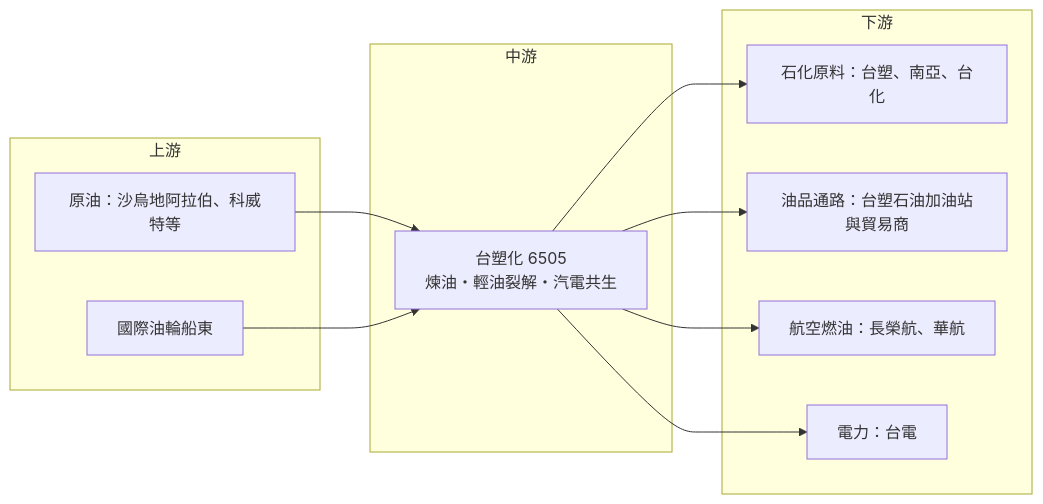
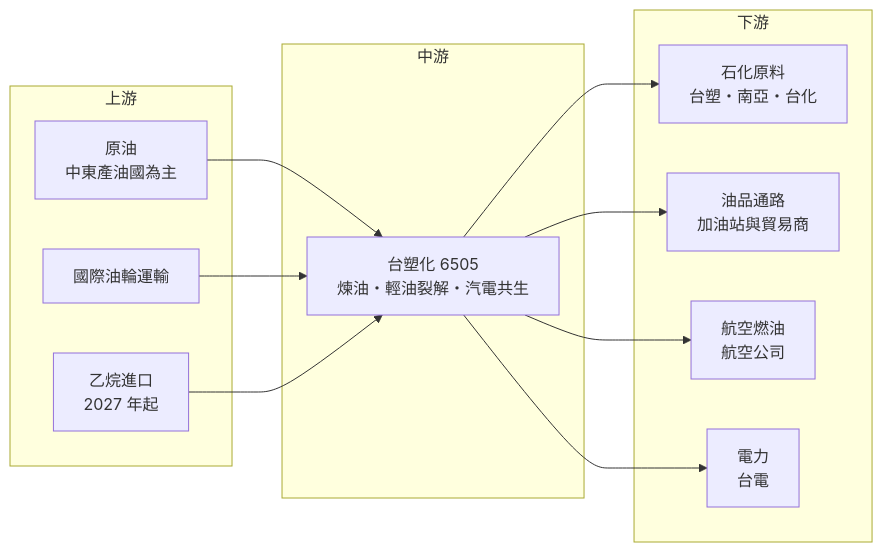
The fourth of 4 diagrams in 個股/台股/6505台塑化.md (wangnick1004/taiwan-stock-vault), drawn with Mermaid before and after one commit. The commit also changed other lines of this file and 1 other file, not shown here.

````diff
--- a/個股/台股/6505台塑化.md
+++ b/個股/台股/6505台塑化.md
@@ -201,22 +225,24 @@
 ```mermaid
 flowchart LR
     subgraph 上游
-        A1[原油：沙烏地阿拉伯、科威特等]
-        A2[國際油輪船東]
+        A1[原油<br/>中東產油國為主]
+        A2[國際油輪運輸]
+        A3[乙烷進口<br/>2027 年起]
     end
     subgraph 中游
         B[台塑化 6505<br/>煉油・輕油裂解・汽電共生]
     end
     subgraph 下游
-        C1[石化原料：台塑、南亞、台化]
-        C2[油品通路：台塑石油加油站與貿易商]
-        C3[航空燃油：長榮航、華航]
-        C4[電力：台電]
+        C1[石化原料<br/>台塑・南亞・台化]
+        C2[油品通路<br/>加油站與貿易商]
+        C3[航空燃油<br/>航空公司]
+        C4[電力<br/>台電]
     end
     A1 --> B
     A2 --> B
+    A3 --> B
     B --> C1
     B --> C2
     B --> C3
     B --> C4
 ```
````
